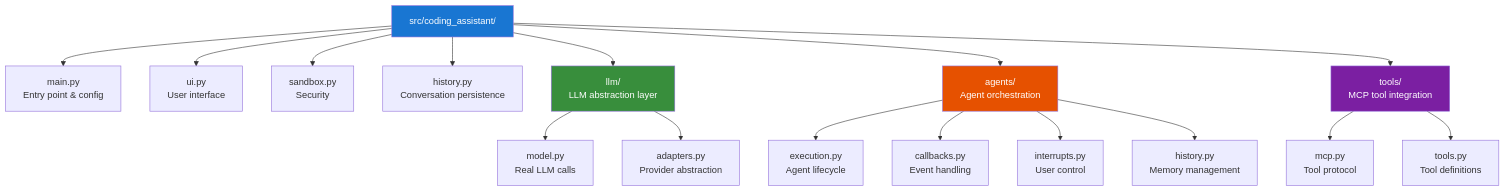
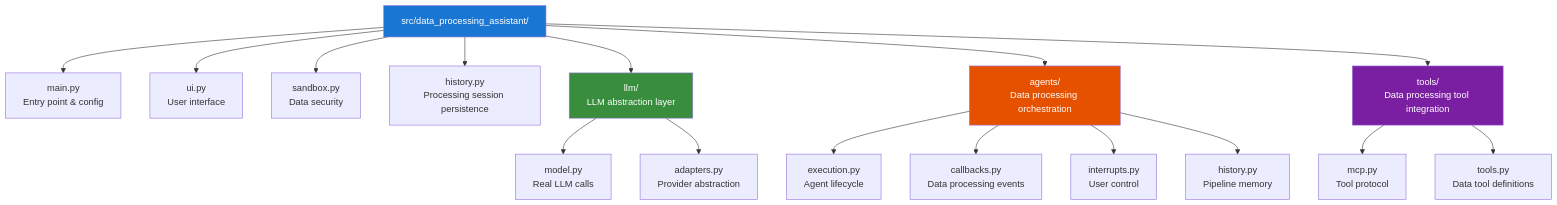
One commit to fwornle/agentic-ai-nano changed the second of 15 diagrams in docs-content/01_frameworks/Session1_ModuleD_Coding_Assistant_Case_Study.md. Above: the diagram before and after it, drawn with Mermaid. The commit also changed other lines of this file and 18 other files, not shown here.

````diff
--- a/docs-content/01_frameworks/Session1_ModuleD_Coding_Assistant_Case_Study.md
+++ b/docs-content/01_frameworks/Session1_ModuleD_Coding_Assistant_Case_Study.md
@@ -62,28 +62,28 @@
 ```mermaid
 graph TB
-    ROOT[src/coding_assistant/]
+    ROOT[src/data_processing_assistant/]
     
     ROOT --> MAIN[main.py<br/>Entry point & config]
     ROOT --> UI[ui.py<br/>User interface]
-    ROOT --> SAND[sandbox.py<br/>Security]
-    ROOT --> HIST[history.py<br/>Conversation persistence]
+    ROOT --> SAND[sandbox.py<br/>Data security]
+    ROOT --> HIST[history.py<br/>Processing session persistence]
     
     ROOT --> LLM[llm/<br/>LLM abstraction layer]
     LLM --> LLM1[model.py<br/>Real LLM calls]
     LLM --> LLM2[adapters.py<br/>Provider abstraction]
     
-    ROOT --> AGENTS[agents/<br/>Agent orchestration]
+    ROOT --> AGENTS[agents/<br/>Data processing orchestration]
     AGENTS --> AG1[execution.py<br/>Agent lifecycle]
-    AGENTS --> AG2[callbacks.py<br/>Event handling]
+    AGENTS --> AG2[callbacks.py<br/>Data processing events]
     AGENTS --> AG3[interrupts.py<br/>User control]
-    AGENTS --> AG4[history.py<br/>Memory management]
+    AGENTS --> AG4[history.py<br/>Pipeline memory]
     
-    ROOT --> TOOLS[tools/<br/>MCP tool integration]
+    ROOT --> TOOLS[tools/<br/>Data processing tool integration]
     TOOLS --> T1[mcp.py<br/>Tool protocol]
-    TOOLS --> T2[tools.py<br/>Tool definitions]
+    TOOLS --> T2[tools.py<br/>Data tool definitions]
     
     style LLM fill:#388E3C,color:#ffffff
     style AGENTS fill:#E65100,color:#ffffff
     style TOOLS fill:#7B1FA2,color:#ffffff
     style ROOT fill:#1976D2,color:#ffffff
 ```
````
